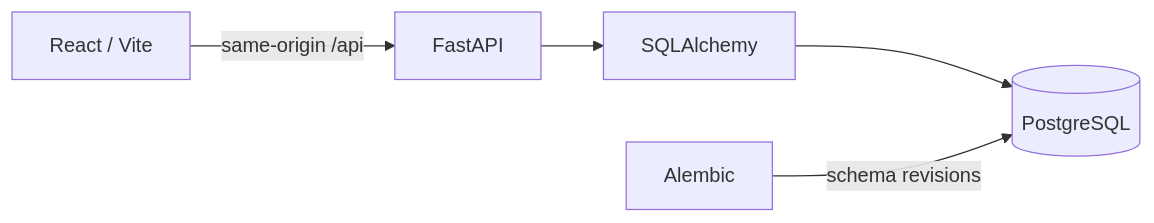
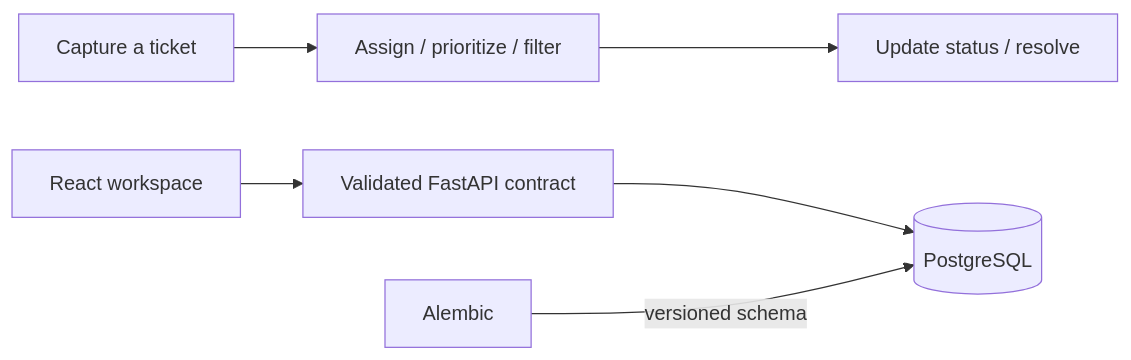
One commit to NoteLegend/devOps-TaskBoard changed the diagram in application/README.md. Above: the diagram before and after it, drawn with Mermaid. The commit also changed other lines of this file and 26 other files, not shown here.

````diff
--- a/application/README.md
+++ b/application/README.md
@@ -5,7 +11,8 @@
 ```mermaid
 flowchart LR
-  UI[React / Vite] -->|same-origin /api| API[FastAPI]
-  API --> ORM[SQLAlchemy]
-  ORM --> DB[(PostgreSQL)]
-  Alembic -->|schema revisions| DB
+  Capture[Capture a ticket] --> Triage[Assign / prioritize / filter]
+  Triage --> Resolve[Update status / resolve]
+  UI[React workspace] --> API[Validated FastAPI contract]
+  API --> DB[(PostgreSQL)]
+  Alembic -->|versioned schema| DB
 ```
````
